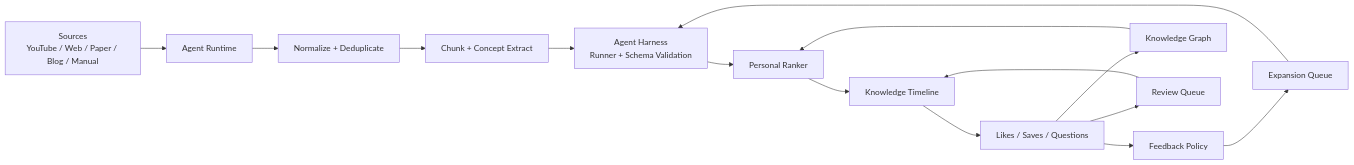
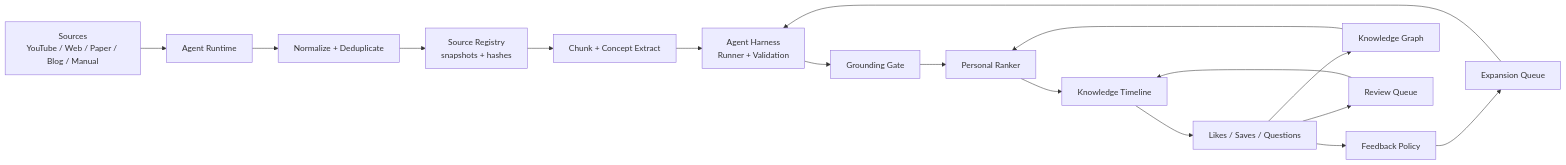
The diagram in docs/architecture.md (MaxGzLi/AItimeline), drawn with Mermaid before and after one commit. The commit also changed other lines of this file and 11 other files, not shown here.

Commit message:
Add source registry and grounding gate

````diff
--- a/docs/architecture.md
+++ b/docs/architecture.md
@@ -5,17 +5,19 @@
 ```mermaid
 flowchart LR
   Sources["Sources\nYouTube / Web / Paper / Blog / Manual"] --> Agent["Agent Runtime"]
   Agent --> Normalize["Normalize + Deduplicate"]
-  Normalize --> Extract["Chunk + Concept Extract"]
-  Extract --> Harness["Agent Harness\nRunner + Schema Validation"]
-  Harness --> Rank["Personal Ranker"]
+  Normalize --> Registry["Source Registry\nsnapshots + hashes"]
+  Registry --> Extract["Chunk + Concept Extract"]
+  Extract --> Harness["Agent Harness\nRunner + Validation"]
+  Harness --> Grounding["Grounding Gate"]
+  Grounding --> Rank["Personal Ranker"]
   Rank --> Timeline["Knowledge Timeline"]
   Timeline --> Signals["Likes / Saves / Questions"]
   Signals --> Feedback["Feedback Policy"]
   Feedback --> Expansion["Expansion Queue"]
   Signals --> Graph["Knowledge Graph"]
   Signals --> Review["Review Queue"]
   Expansion --> Harness
   Graph --> Rank
   Review --> Timeline
 ```
````
